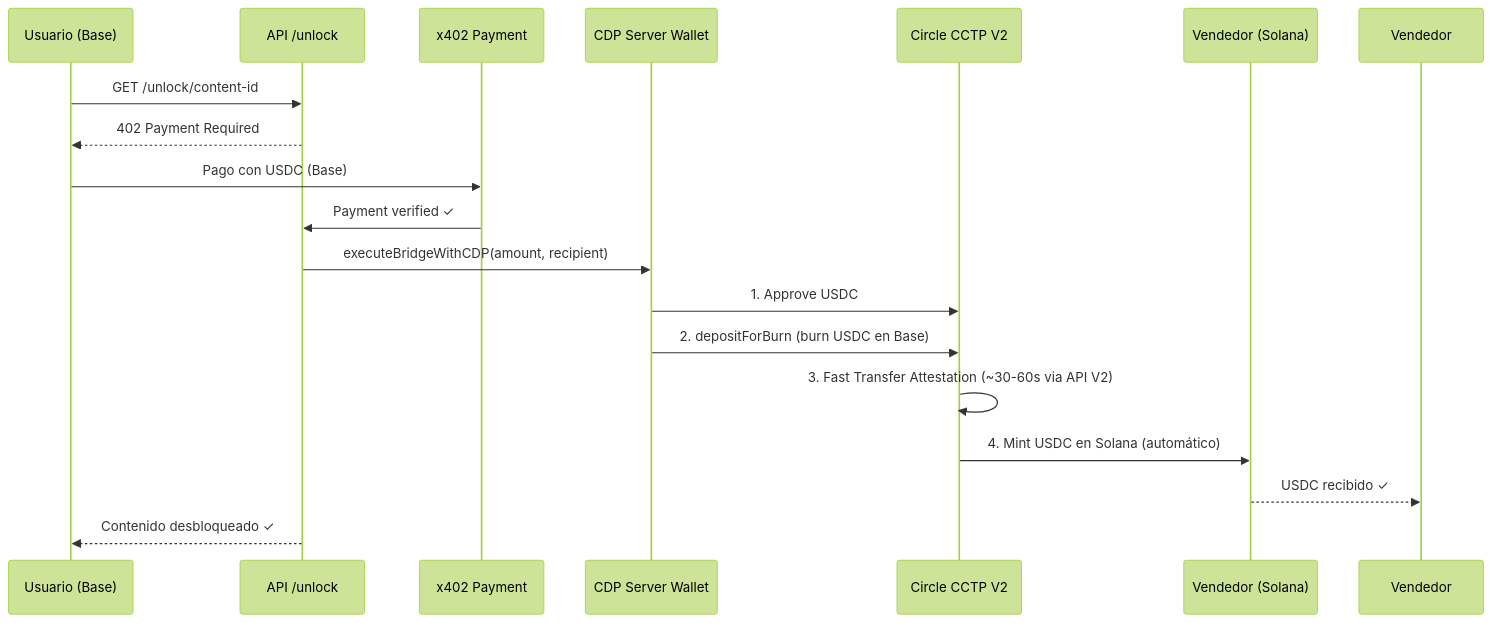
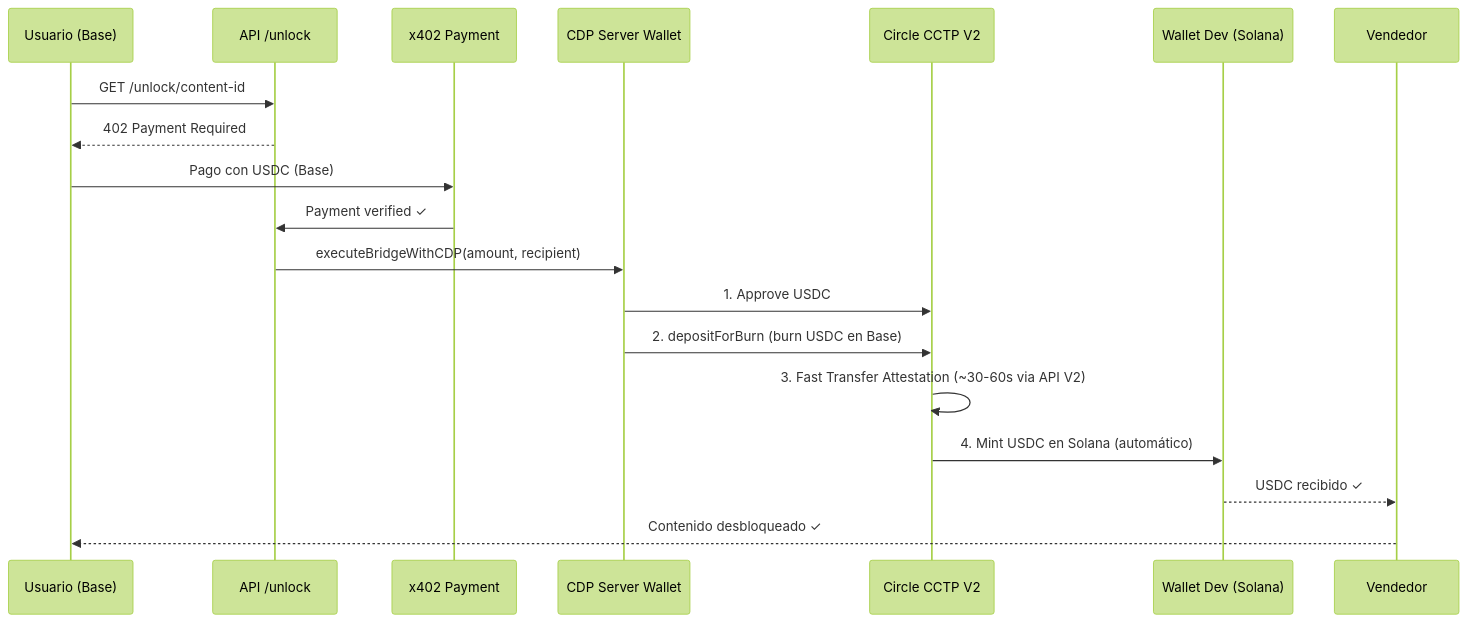
Before and after one commit to Beor18/x402-bridge-tuneport: the diagram in README.md, drawn with Mermaid (forest theme). The commit also changed other lines of this file, not shown here.

````diff
--- a/README.md
+++ b/README.md
@@ -156,21 +159,21 @@
 ```mermaid
 sequenceDiagram
     participant User as Usuario (Base)
     participant API as API /unlock
     participant x402 as x402 Payment
     participant CDP as CDP Server Wallet
     participant CCTP as Circle CCTP V2
-    participant Solana as Vendedor (Solana)
-    
+    participant Solana as Wallet Dev (Solana)
+
     User->>API: GET /unlock/content-id
     API-->>User: 402 Payment Required
     User->>x402: Pago con USDC (Base)
     x402->>API: Payment verified ✓
     API->>CDP: executeBridgeWithCDP(amount, recipient)
     CDP->>CCTP: 1. Approve USDC
     CDP->>CCTP: 2. depositForBurn (burn USDC en Base)
     CCTP->>CCTP: 3. Fast Transfer Attestation (~30-60s via API V2)
     CCTP->>Solana: 4. Mint USDC en Solana (automático)
     Solana-->>Vendedor: USDC recibido ✓
-    API-->>User: Contenido desbloqueado ✓
+    Vendedor-->>User: Contenido desbloqueado ✓
 ```
````
